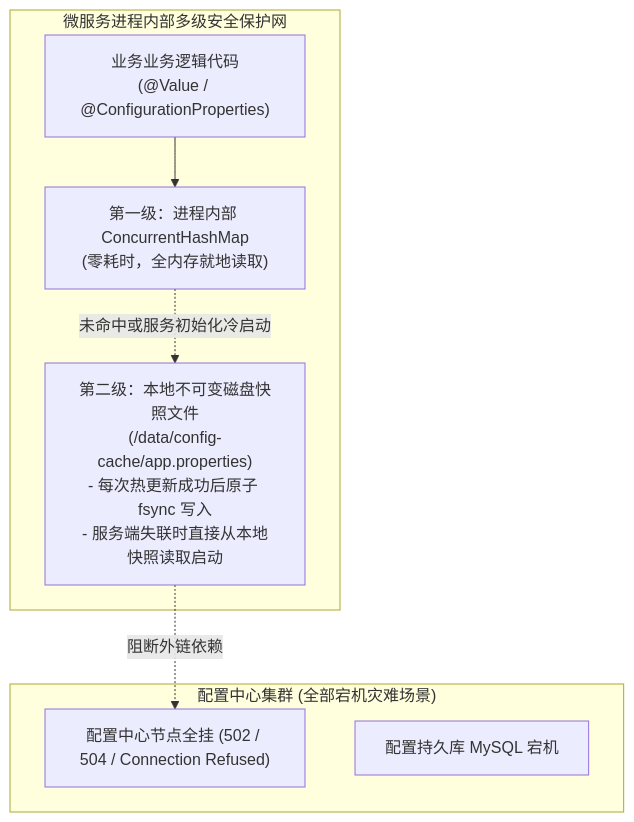
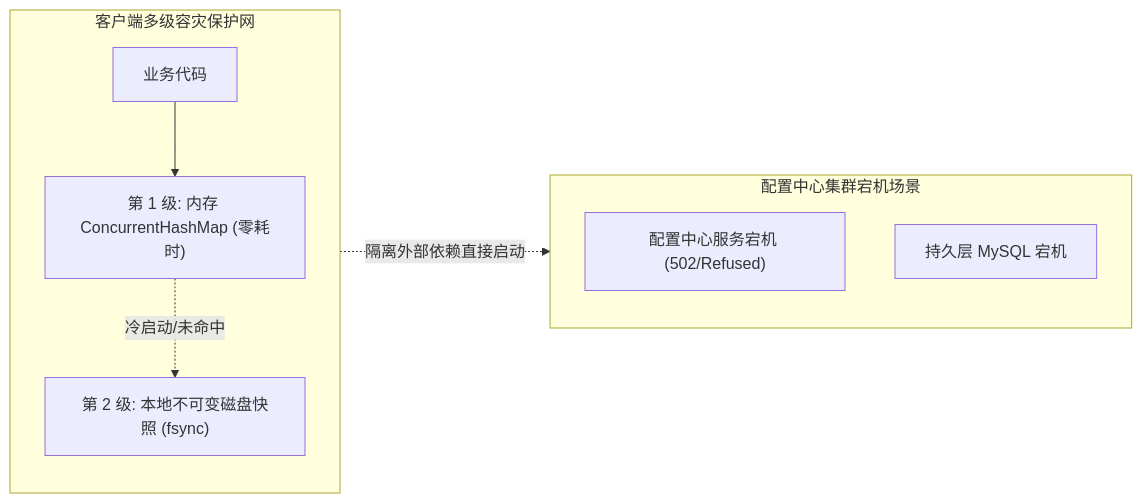
The third of 4 diagrams in content/posts/interview-deep-dives/interview-59-distributed-config-center-system-design.md (MoreConsequence/MoreConsequence.github.io), drawn with Mermaid before and after one commit. The commit also changed other lines of this file and 835 other files, not shown here.

First line of the commit message:
feat(blog): 全站33篇新增深度专栏与博文全量审核上线及矢量图表优化

````diff
--- a/content/posts/interview-deep-dives/interview-59-distributed-config-center-system-design.md
+++ b/content/posts/interview-deep-dives/interview-59-distributed-config-center-system-design.md
@@ -136,18 +130,16 @@
 ```mermaid
-flowchart TD
-    subgraph ClientProcess["微服务进程内部多级安全保护网"]
-        App["业务业务逻辑代码\n(@Value / @ConfigurationProperties)"]
-        MemCache["第一级：进程内部 ConcurrentHashMap\n(零耗时，全内存就地读取)"]
-        DiskSnapshot["第二级：本地不可变磁盘快照文件\n(/data/config-cache/app.properties)\n- 每次热更新成功后原子 fsync 写入\n- 服务端失联时直接从本地快照读取启动"]
-        
-        App --> MemCache
-        MemCache -.->|未命中或服务初始化冷启动| DiskSnapshot
+flowchart LR
+    subgraph ClientProcess["客户端多级容灾保护网"]
+        direction TB
+        App["业务代码"] --> MemCache["第 1 级: 内存 ConcurrentHashMap (零耗时)"]
+        MemCache -.->|"冷启动/未命中"| DiskSnapshot["第 2 级: 本地不可变磁盘快照 (fsync)"]
     end
 
-    subgraph ConfigCenterCluster["配置中心集群 (全部宕机灾难场景)"]
-        ServerDown["配置中心节点全挂 (502 / 504 / Connection Refused)"]
-        DBDown["配置持久库 MySQL 宕机"]
+    subgraph ConfigCenterCluster["配置中心集群宕机场景"]
+        direction TB
+        ServerDown["配置中心服务宕机 (502/Refused)"]
+        DBDown["持久层 MySQL 宕机"]
     end
 
-    DiskSnapshot -.->|阻断外链依赖| ServerDown
+    DiskSnapshot -.->|"隔离外部依赖直接启动"| ServerDown
 ```
````
